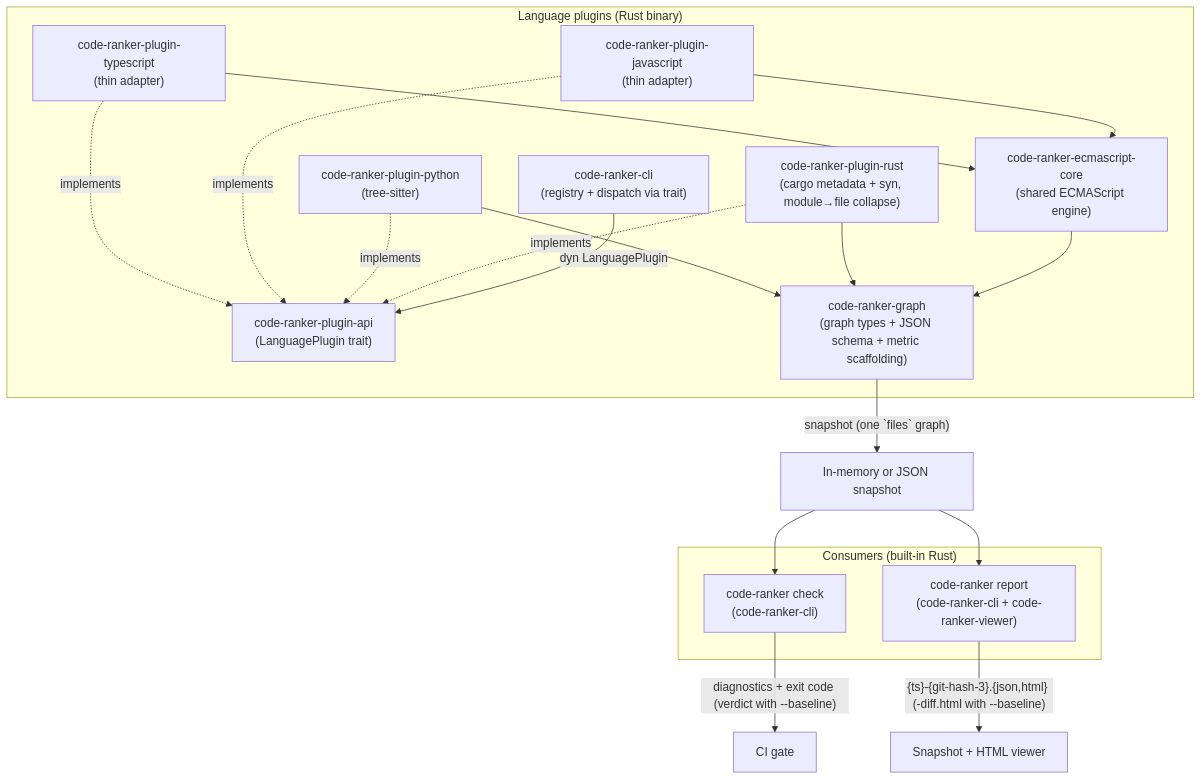
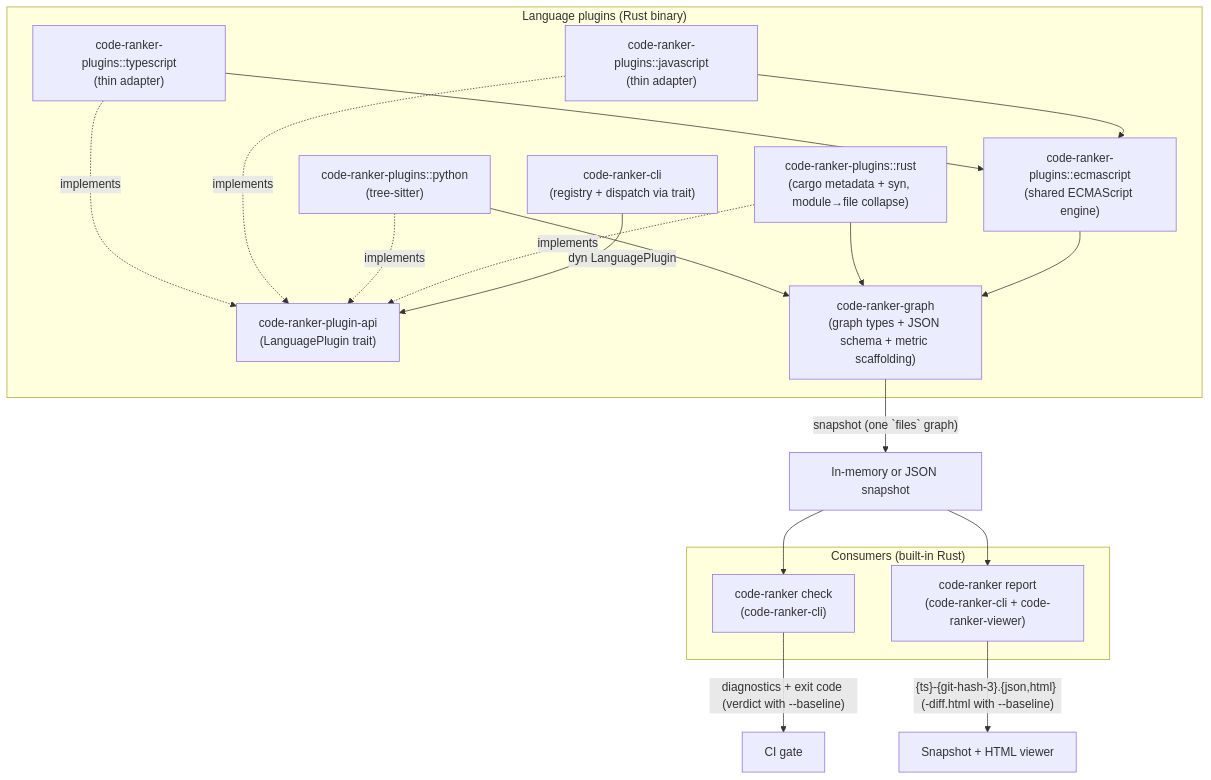
One commit to code-ranker-com/code-ranker changed the first of 5 diagrams in docs/DESIGN.md. Above: the diagram before and after it, drawn with Mermaid. The commit also changed other lines of this file and 176 other files, not shown here.

````diff
--- a/docs/DESIGN.md
+++ b/docs/DESIGN.md
@@ -103,35 +103,35 @@
 ```mermaid
 flowchart TD
     subgraph step1["Language plugins (Rust binary)"]
         cli["code-ranker-cli<br/>(registry + dispatch via trait)"]
         api["code-ranker-plugin-api<br/>(LanguagePlugin trait)"]
-        pr["code-ranker-plugin-rust<br/>(cargo metadata + syn, module→file collapse)"]
-        pp["code-ranker-plugin-python<br/>(tree-sitter)"]
-        pj["code-ranker-plugin-javascript<br/>(thin adapter)"]
-        pt["code-ranker-plugin-typescript<br/>(thin adapter)"]
-        eco["code-ranker-ecmascript-core<br/>(shared ECMAScript engine)"]
+        pr["code-ranker-plugins::rust<br/>(cargo metadata + syn, module→file collapse)"]
+        pp["code-ranker-plugins::python<br/>(tree-sitter)"]
+        pj["code-ranker-plugins::javascript<br/>(thin adapter)"]
+        pt["code-ranker-plugins::typescript<br/>(thin adapter)"]
+        eco["code-ranker-plugins::ecmascript<br/>(shared ECMAScript engine)"]
         core["code-ranker-graph<br/>(graph types + JSON schema + metric scaffolding)"]
         cli -->|"dyn LanguagePlugin"| api
         pr -.implements.-> api
         pp -.implements.-> api
         pj -.implements.-> api
         pt -.implements.-> api
         pj --> eco
         pt --> eco
         eco --> core
         pr --> core
         pp --> core
     end
 
     core -->|"snapshot (one `files` graph)"| artifacts["In-memory or JSON snapshot"]
 
     subgraph consume["Consumers (built-in Rust)"]
         check["code-ranker check<br/>(code-ranker-cli)"]
         report["code-ranker report<br/>(code-ranker-cli + code-ranker-viewer)"]
     end
 
     artifacts --> check
     artifacts --> report
     check -->|"diagnostics + exit code (verdict with --baseline)"| gate["CI gate"]
     report -->|"{ts}-{git-hash-3}.{json,html} (-diff.html with --baseline)"| html_report["Snapshot + HTML viewer"]
 ```
````
